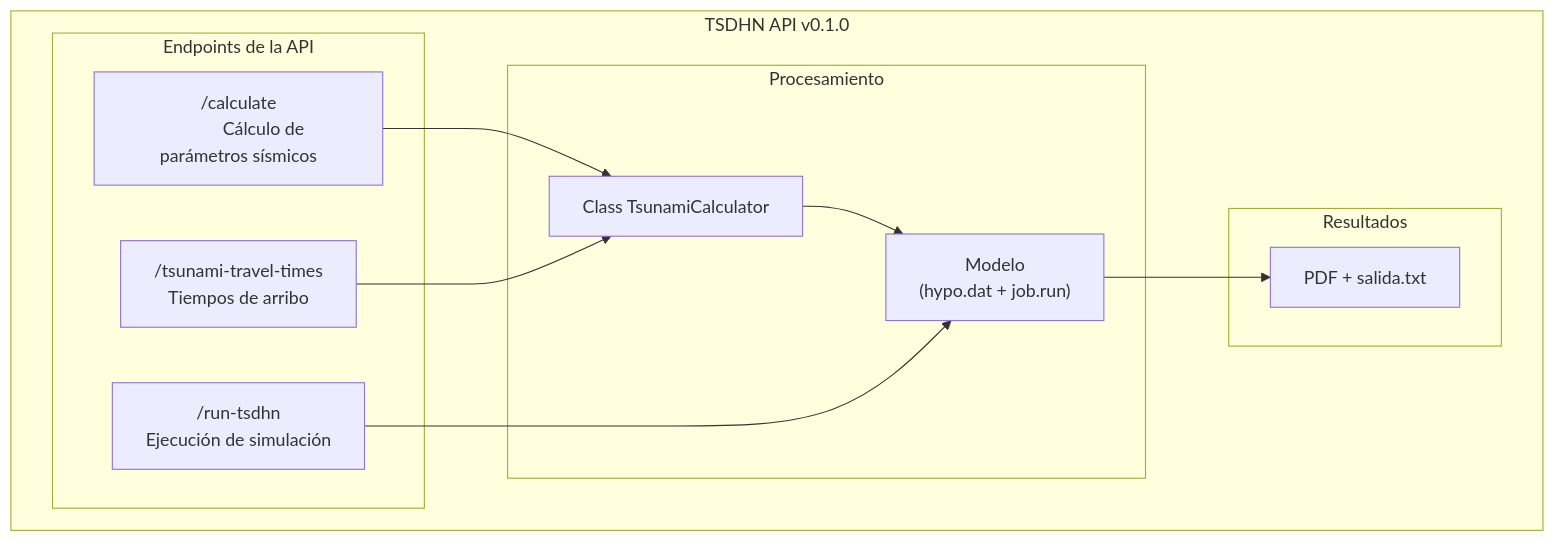
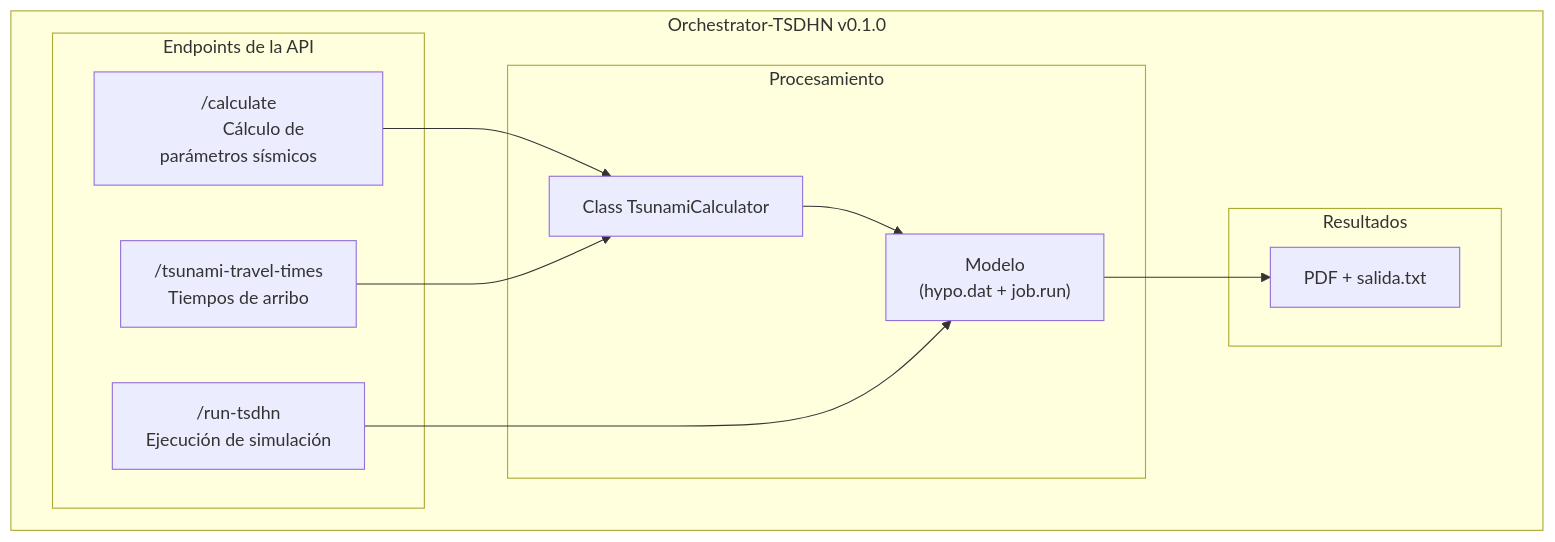
Before and after one commit to totallynotdavid/picv-2025: the diagram in README.md, drawn with Mermaid. The commit also changed other lines of this file, not shown here.

````diff
--- a/README.md
+++ b/README.md
@@ -10,29 +10,29 @@
 ```mermaid
 flowchart TB
-    subgraph "TSDHN API v0.1.0"
+    subgraph "Orchestrator-TSDHN v0.1.0"
         subgraph Endpoints["Endpoints de la API"]
             Calculate["/calculate
             Cálculo de parámetros sísmicos"]
             TravelTimes["/tsunami-travel-times
             Tiempos de arribo"]
             RunModel["/run-tsdhn
             Ejecución de simulación"]
         end
 
         subgraph Core["Procesamiento"]
             Calculator["Class TsunamiCalculator"]
             ModelFiles["Modelo
             (hypo.dat + job.run)"]
         end
 
         subgraph Output["Resultados"]
             Files["PDF + salida.txt"]
         end
     end
 
     Calculate --> Calculator
     TravelTimes --> Calculator
     Calculator --> ModelFiles
     RunModel --> ModelFiles
     ModelFiles --> Files
 ```
````
